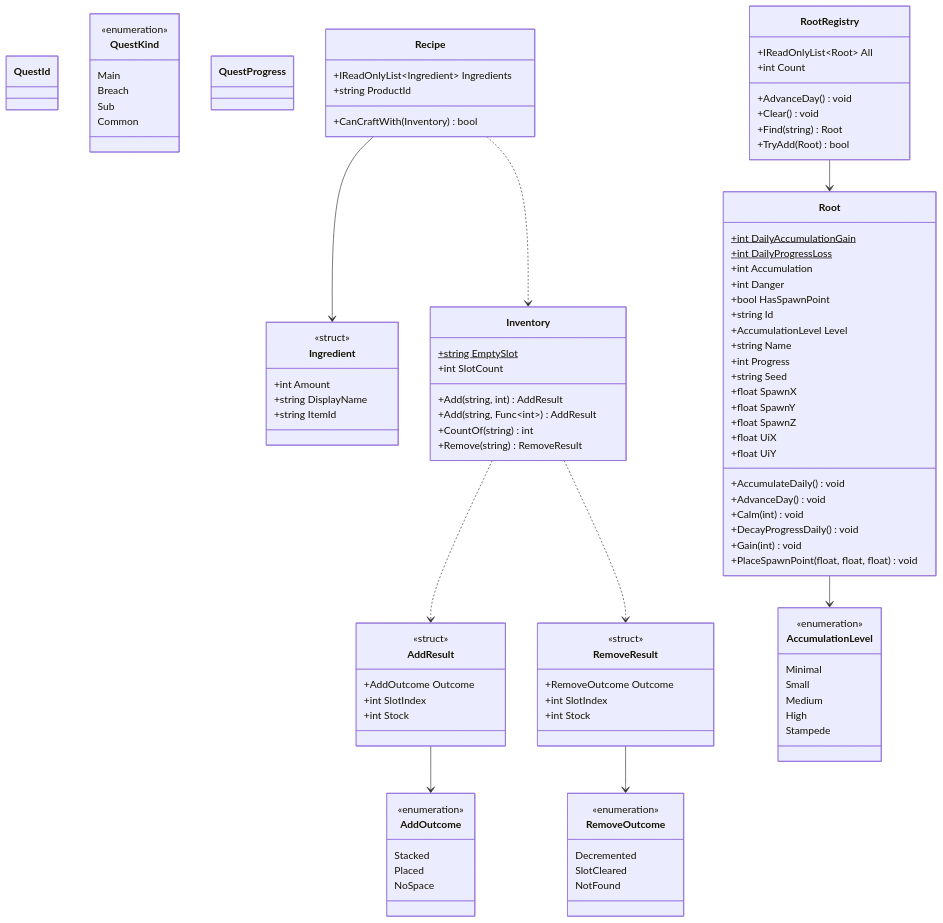
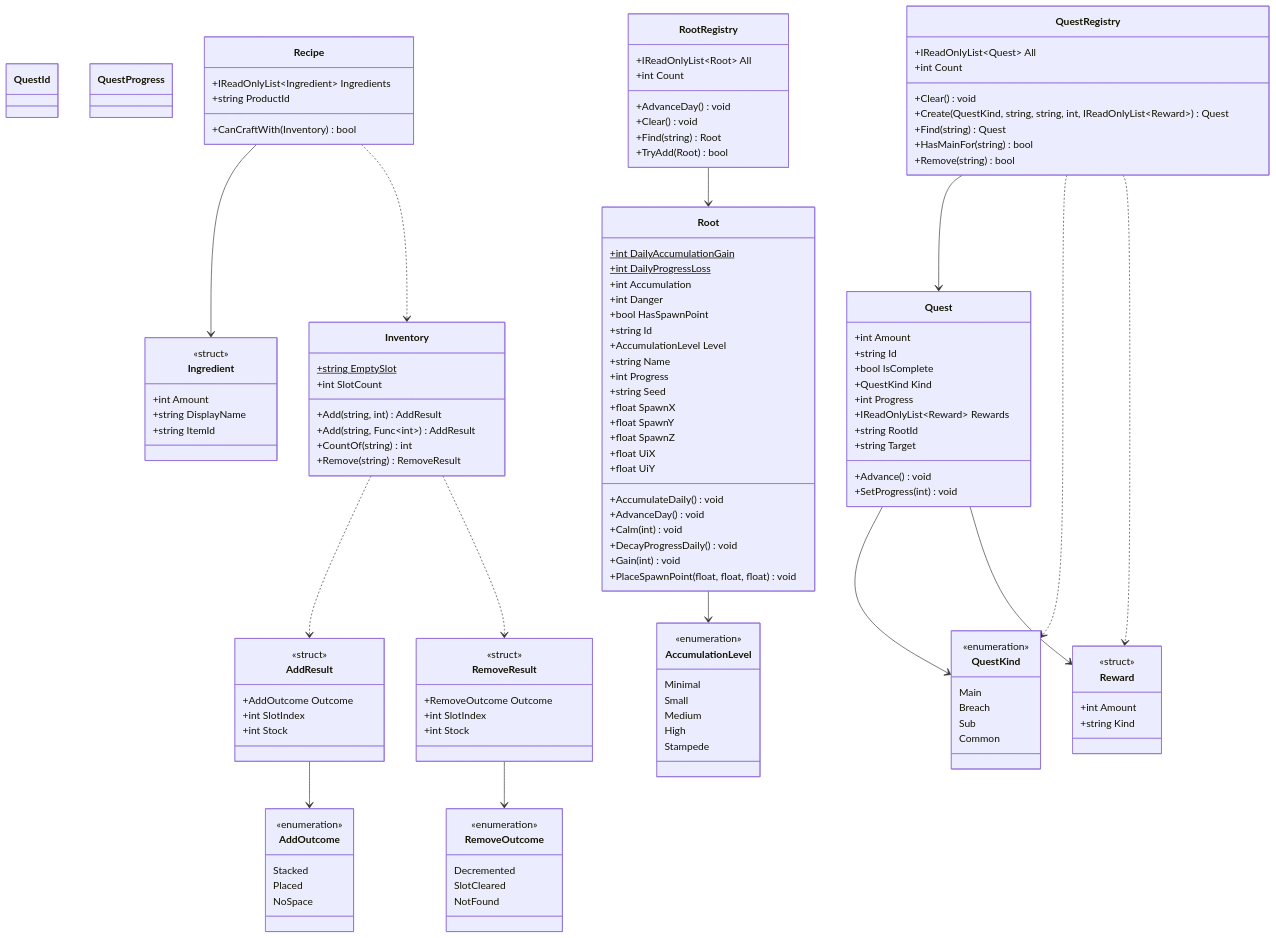
One commit to hukahirame/memorial-frontland changed the diagram in docs/domain-class-diagram.md. Above: the diagram before and after it, drawn with Mermaid. The commit also changed 14 other files, not shown here.

First line of the commit message:
refactor: quests と rewards の並行リストを QuestRegistry に置き換える

```diff
--- a/docs/domain-class-diagram.md
+++ b/docs/domain-class-diagram.md
@@ -38,6 +38,18 @@
         +CountOf(string) int
         +Remove(string) RemoveResult
     }
+    class Quest {
+        +int Amount
+        +string Id
+        +bool IsComplete
+        +QuestKind Kind
+        +int Progress
+        +IReadOnlyList~Reward~ Rewards
+        +string RootId
+        +string Target
+        +Advance() void
+        +SetProgress(int) void
+    }
     class QuestId {
     }
     class QuestKind {
@@ -48,6 +60,15 @@
         Common
     }
     class QuestProgress {
+    }
+    class QuestRegistry {
+        +IReadOnlyList~Quest~ All
+        +int Count
+        +Clear() void
+        +Create(QuestKind, string, string, int, IReadOnlyList~Reward~) Quest
+        +Find(string) Quest
+        +HasMainFor(string) bool
+        +Remove(string) bool
     }
     class Recipe {
         +IReadOnlyList~Ingredient~ Ingredients
@@ -65,6 +86,11 @@
         +RemoveOutcome Outcome
         +int SlotIndex
         +int Stock
+    }
+    class Reward {
+        <<struct>>
+        +int Amount
+        +string Kind
     }
     class Root {
         +int DailyAccumulationGain$
@@ -100,6 +126,11 @@
     AddResult --> AddOutcome
     Inventory ..> AddResult
     Inventory ..> RemoveResult
+    Quest --> QuestKind
+    Quest --> Reward
+    QuestRegistry --> Quest
+    QuestRegistry ..> QuestKind
+    QuestRegistry ..> Reward
     Recipe --> Ingredient
     Recipe ..> Inventory
     RemoveResult --> RemoveOutcome
```
